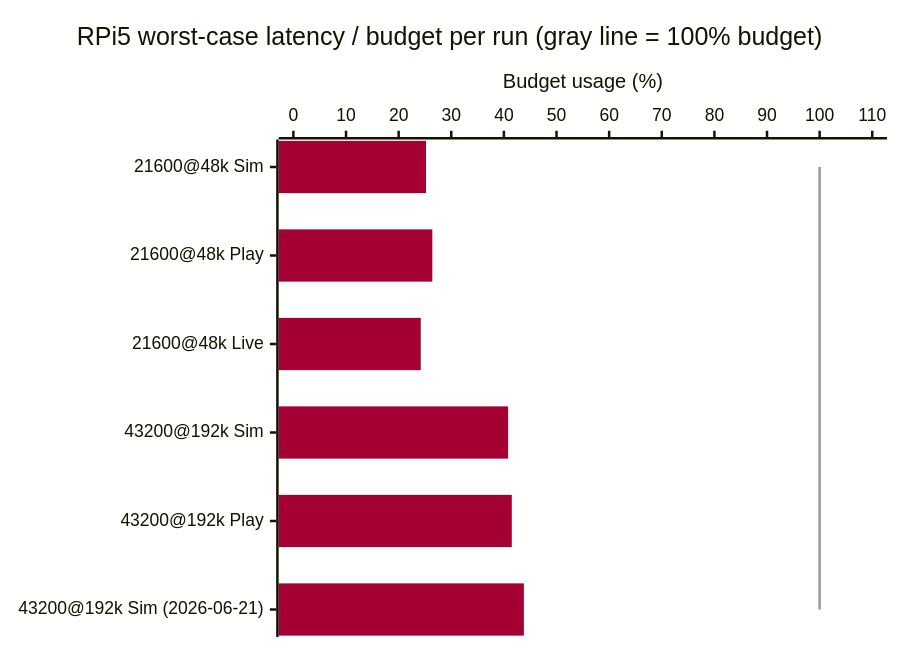
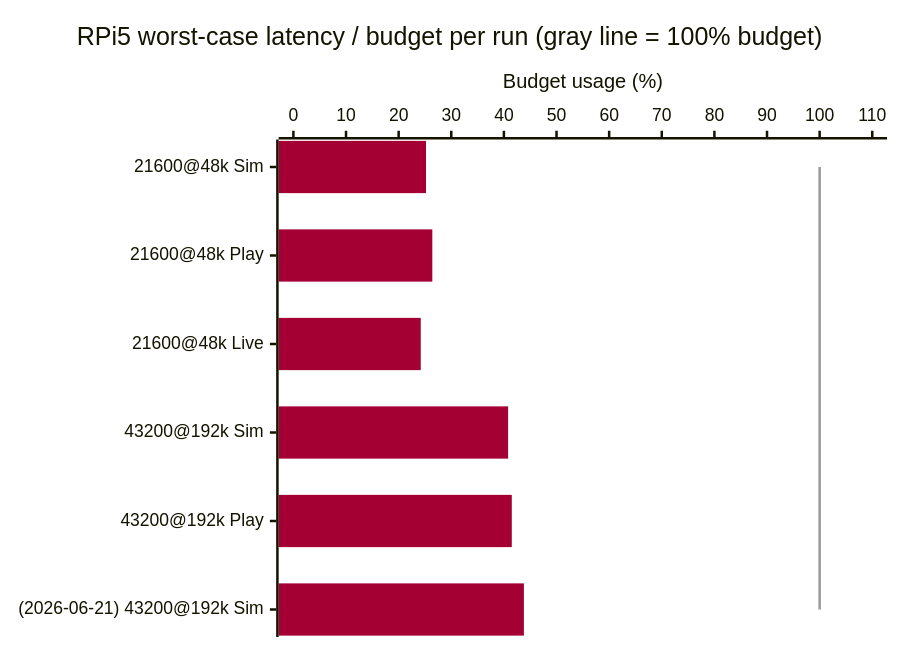
The second of 5 diagrams in Milestone/en/4-Planned-Experiments.md (lgcmu2026-team5/TimeGrapher-Docs), drawn with Mermaid before and after one commit. The commit also changed other lines of this file and 1 other file, not shown here.

````diff
--- a/Milestone/en/4-Planned-Experiments.md
+++ b/Milestone/en/4-Planned-Experiments.md
@@ -102,9 +110,9 @@
 ```mermaid
 %%{init: {"themeVariables": {"xyChart": {"plotColorPalette": "#A50034, #999999"}}}}%%
 xychart-beta horizontal
     title "RPi5 worst-case latency / budget per run (gray line = 100% budget)"
-    x-axis ["21600@48k Sim", "21600@48k Play", "21600@48k Live", "43200@192k Sim", "43200@192k Play", "43200@192k Sim (2026-06-21)"]
+    x-axis ["21600@48k Sim", "21600@48k Play", "21600@48k Live", "43200@192k Sim", "43200@192k Play", "(2026-06-21) 43200@192k Sim"]
     y-axis "Budget usage (%)" 0 --> 110
     bar [25.2, 26.4, 24.2, 40.8, 41.5, 43.8]
     line [100, 100, 100, 100, 100, 100]
 ```
````
